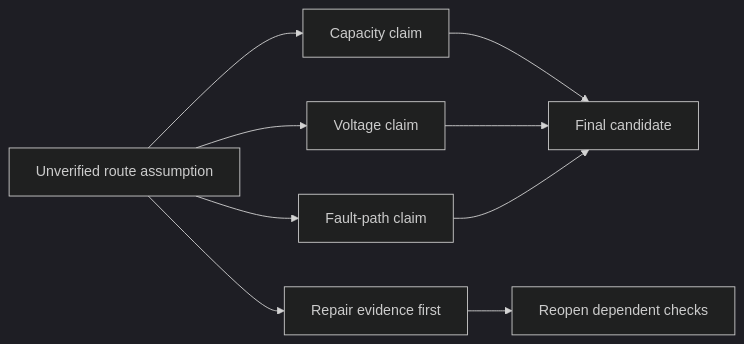
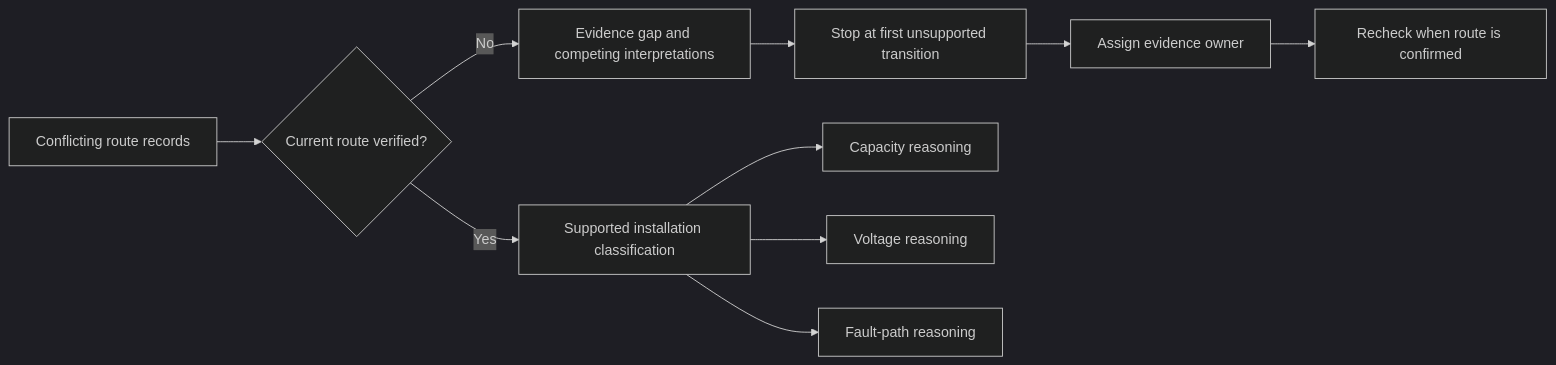
The second of 2 diagrams in docs/learning-plans/12-week/modules/day-35-week-5-design-review-conference-and-remediation.md (andrew3stedall/capstone), drawn with Mermaid (dark theme) before and after one commit. The commit also changed other lines of this file, not shown here.

````diff
--- a/docs/learning-plans/12-week/modules/day-35-week-5-design-review-conference-and-remediation.md
+++ b/docs/learning-plans/12-week/modules/day-35-week-5-design-review-conference-and-remediation.md
@@ -79,11 +116,12 @@
 ```mermaid
 flowchart LR
-    A[Unverified route assumption] --> B[Capacity claim]
-    A --> C[Voltage claim]
-    A --> D[Fault-path claim]
-    B --> E[Final candidate]
-    C --> E
-    D --> E
-    A --> F[Repair evidence first]
-    F --> G[Reopen dependent checks]
+    A[Conflicting route records] --> B{Current route verified?}
+    B -->|No| C[Evidence gap and competing interpretations]
+    C --> D[Stop at first unsupported transition]
+    B -->|Yes| E[Supported installation classification]
+    E --> F[Capacity reasoning]
+    E --> G[Voltage reasoning]
+    E --> H[Fault-path reasoning]
+    D --> I[Assign evidence owner]
+    I --> J[Recheck when route is confirmed]
 ```
````
